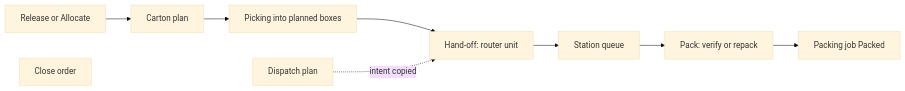
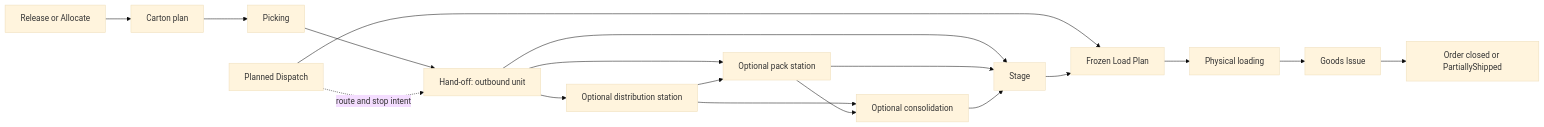
The diagram in docs-obsidian/user-guide/diagrams/post-pick/00-overview.md (msmurygin/quark-docs), drawn with Mermaid (base theme) before and after one commit. The commit also changed other lines of this file and 5 other files, not shown here.

````diff
--- a/docs-obsidian/user-guide/diagrams/post-pick/00-overview.md
+++ b/docs-obsidian/user-guide/diagrams/post-pick/00-overview.md
@@ -7,11 +7,20 @@
 ```mermaid
 flowchart LR
     R["Release or Allocate"] --> CP["Carton plan"]
-    CP --> PK["Picking into planned boxes"]
-    PK --> HO["Hand-off: router unit"]
-    DP["Dispatch plan"] -.->|"intent copied"| HO
-    HO --> Q["Station queue"]
-    Q --> PV["Pack: verify or repack"]
-    PV --> PJ["Packing job Packed"]
-    OC["Close order"]
+    CP --> PK["Picking"]
+    PK --> HO["Hand-off: outbound unit"]
+    HO --> DS["Optional distribution station"]
+    HO --> PA["Optional pack station"]
+    DS --> PA
+    DS --> CO["Optional consolidation"]
+    PA --> CO
+    HO --> ST["Stage"]
+    PA --> ST
+    CO --> ST
+    DP["Planned Dispatch"] -.->|"route and stop intent"| HO
+    DP --> LP["Frozen Load Plan"]
+    ST --> LP
+    LP --> LD["Physical loading"]
+    LD --> GI["Goods Issue"]
+    GI --> OC["Order closed or PartiallyShipped"]
 ```
````
